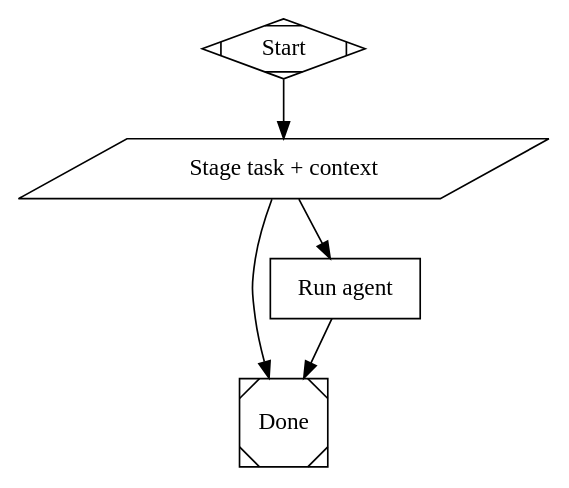
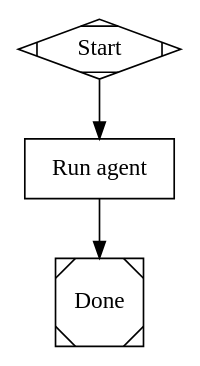
One commit to danshapiro/kilroy changed the diagram in workflows/quick-launch/graph.dot. Above: the diagram before and after it, drawn with Graphviz. The commit also changed 11 other files, not shown here.

First line of the commit message:
quick-launch: ergonomics pass + workspace fix + install script

```diff
--- a/workflows/quick-launch/graph.dot
+++ b/workflows/quick-launch/graph.dot
@@ -1,45 +1,40 @@
-// Quick-launch: stage prompt + optional context, then run a single agent.
+// Quick-launch: run a single agent against an inline prompt (plus optional
+// context file) and collect result.md.
+//
 // Inputs: prompt (required), context_file or context (optional).
-// Output: result.md at worktree root.
+// Output: result.md at the worktree root.
+//
+// All inputs land in .kilroy/INPUT.md which the engine writes once at run
+// start from the structured --input map. The agent reads that file directly;
+// no prepare/stage step is needed because --input values are already sectioned
+// as "## prompt", "## context_file", etc.
 //
 // Default agent: claude. For codex/gemini, use --graph graph.codex.dot or
-// graph.gemini.dot. All three variants share the same scripts/stage.sh so
-// swapping the agent doesn't require touching the prepare logic.
+// graph.gemini.dot.
 
 digraph quick_launch {
     graph [
         inputs="prompt",
         outputs="result.md",
         model_stylesheet="
             * { llm_provider: anthropic; llm_model: claude-sonnet-4.6; }
         "
     ]
 
     start [shape=Mdiamond, label="Start"]
     done  [shape=Msquare,  label="Done"]
 
-    // Tool: write TASK.md and (optionally) CONTEXT.md into .kilroy/ so the
-    // agent has a stable place to read its instructions from, regardless of
-    // how the prompt and context were passed in on the command line.
-    stage [
-        shape=parallelogram,
-        label="Stage task + context",
-        tool_command="sh .kilroy/package/scripts/stage.sh"
-    ]
-
-    // Agent: read TASK.md (+ CONTEXT.md if present), do the work, write
-    // result.md to the worktree root. Keep the prompt agent-agnostic so the
-    // codex/gemini variants can reuse this block verbatim.
+    // Agent: read .kilroy/INPUT.md (which holds the user's prompt + any
+    // context_file path or inline context), do the work, write result.md
+    // to the worktree root.
     agent [
         shape=box,
         label="Run agent",
         agent_tool="claude",
-        prompt="Read .kilroy/TASK.md for your assignment. If .kilroy/CONTEXT.md exists, read it for background context. Complete the task and write your findings to result.md at the workspace root. Keep result.md self-contained (the caller will read it directly). When finished, write {\"status\":\"success\"} to $KILROY_STAGE_STATUS_PATH or $KILROY_STAGE_STATUS_FALLBACK_PATH if that fails.",
+        prompt="Read .kilroy/INPUT.md for the user's request. The '## prompt' section is your assignment. If a '## context_file' section exists, read the file at that path for background context. If a '## context' section exists instead, use it as inline context. Complete the task and write your findings to result.md at the workspace root. Keep result.md self-contained — the caller will read it directly. When finished, write {\"status\":\"success\"} to $KILROY_STAGE_STATUS_PATH or $KILROY_STAGE_STATUS_FALLBACK_PATH if that fails.",
         outputs="result.md"
     ]
 
-    start -> stage
-    stage -> agent [condition="outcome=success"]
-    stage -> done
+    start -> agent
     agent -> done
 }
```
